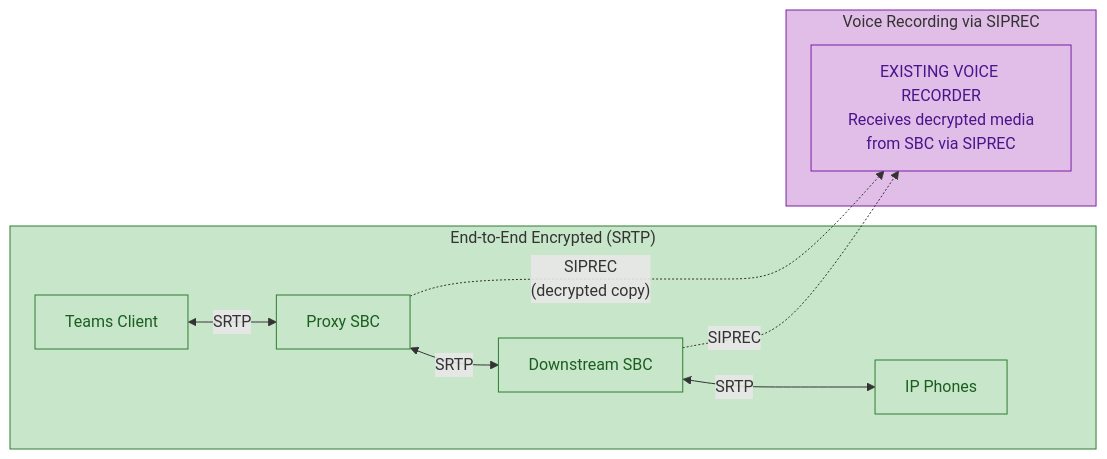
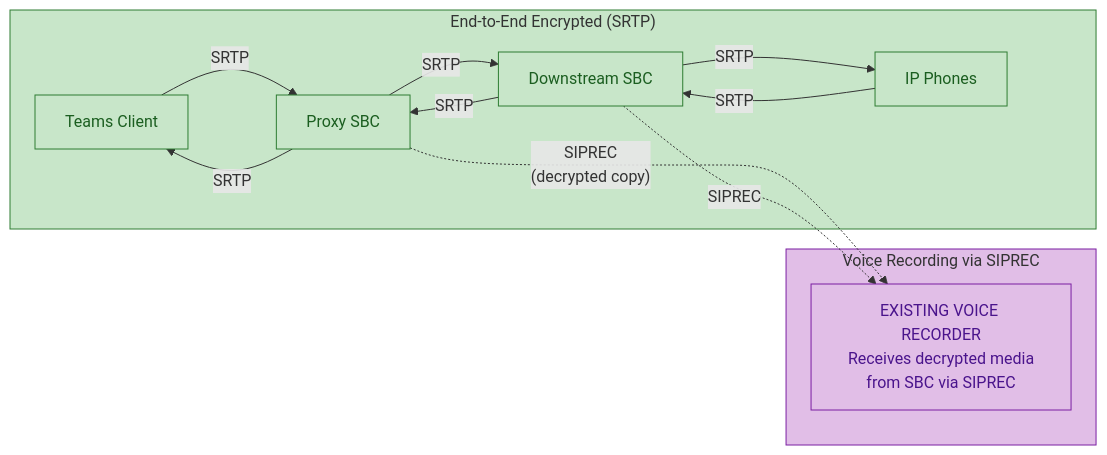
Before and after one commit to kevinsing999/public: diagram 11 of 26 in AudioCodes-AWS-Deployment-Guide.md, drawn with Mermaid. The commit also changed other lines of this file and 4 other files, not shown here.

First line of the commit message:
Fix GitHub mermaid rendering: replace unsupported syntax across 20 diagrams

````diff
--- a/AudioCodes-AWS-Deployment-Guide.md
+++ b/AudioCodes-AWS-Deployment-Guide.md
@@ -2699,28 +2701,31 @@
 ```mermaid
 flowchart LR
     subgraph Encrypted["End-to-End Encrypted (SRTP)"]
         style Encrypted fill:#c8e6c9,stroke:#2e7d32
         Teams["Teams Client"]
         ProxySBC["Proxy SBC"]
         DownstreamSBC["Downstream SBC"]
         IPPhones["IP Phones"]
     end
 
     subgraph Recording["Voice Recording via SIPREC"]
         style Recording fill:#e1bee7,stroke:#7b1fa2
         Recorder["EXISTING VOICE RECORDER<br/>Receives decrypted media<br/>from SBC via SIPREC"]
     end
 
-    Teams <-->|"SRTP"| ProxySBC
-    ProxySBC <-->|"SRTP"| DownstreamSBC
-    DownstreamSBC <-->|"SRTP"| IPPhones
+    Teams -->|"SRTP"| ProxySBC
+    ProxySBC -->|"SRTP"| Teams
+    ProxySBC -->|"SRTP"| DownstreamSBC
+    DownstreamSBC -->|"SRTP"| ProxySBC
+    DownstreamSBC -->|"SRTP"| IPPhones
+    IPPhones -->|"SRTP"| DownstreamSBC
 
     ProxySBC -.->|"SIPREC<br/>(decrypted copy)"| Recorder
     DownstreamSBC -.->|"SIPREC"| Recorder
 
     classDef encrypted fill:#c8e6c9,stroke:#2e7d32,color:#1b5e20
     classDef recorder fill:#e1bee7,stroke:#7b1fa2,color:#4a148c
 
     class Teams,ProxySBC,DownstreamSBC,IPPhones encrypted
     class Recorder recorder
 ```
````
